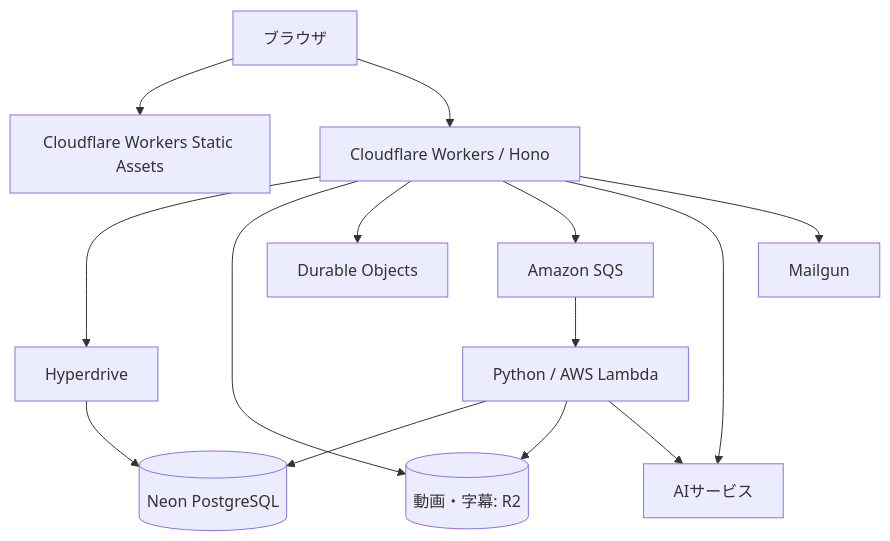
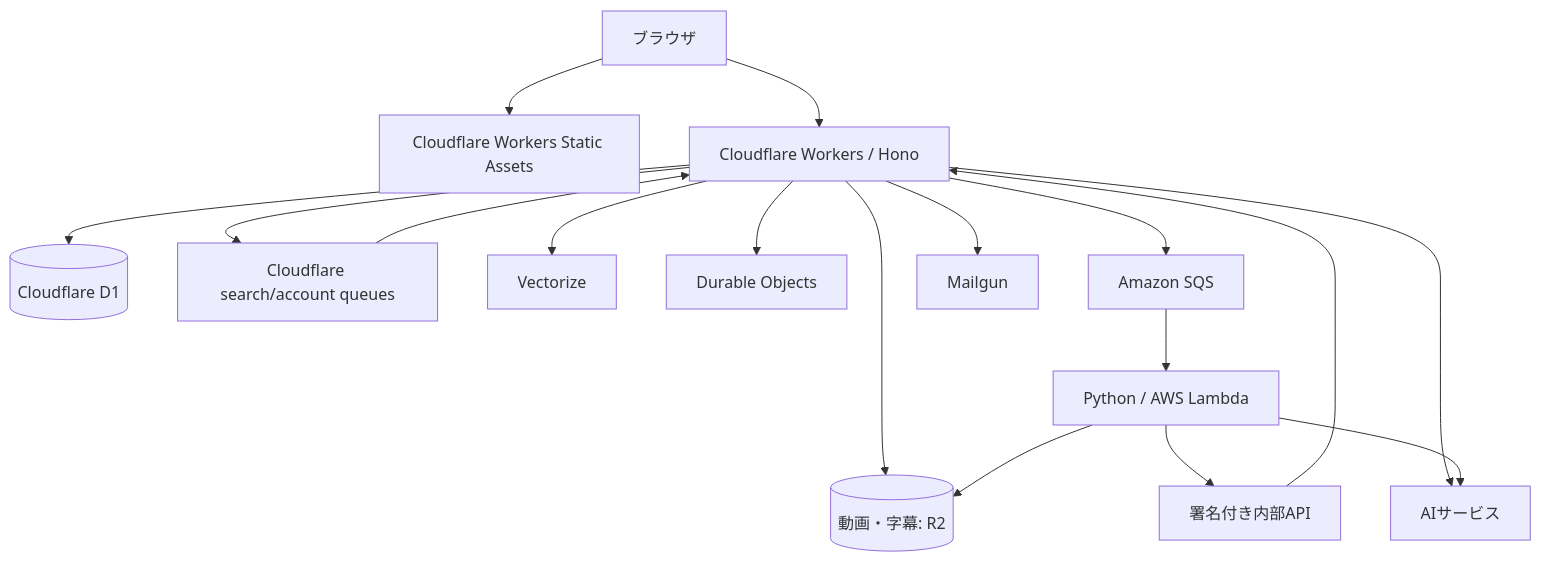
One commit to videoq-jp/videoq changed the second of 2 diagrams in apps/docs/i18n/ja/docusaurus-plugin-content-docs/current/architecture/system-configuration-diagram.md. Above: the diagram before and after it, drawn with Mermaid. The commit also changed other lines of this file and 3 other files, not shown here.

````diff
--- a/apps/docs/i18n/ja/docusaurus-plugin-content-docs/current/architecture/system-configuration-diagram.md
+++ b/apps/docs/i18n/ja/docusaurus-plugin-content-docs/current/architecture/system-configuration-diagram.md
@@ -48,15 +50,18 @@
 ```mermaid
 flowchart TB
     User[ブラウザ] --> Web[Cloudflare Workers Static Assets]
     User --> API[Cloudflare Workers / Hono]
-    API --> HD[Hyperdrive] --> DB[(Neon PostgreSQL)]
+    API --> DB[(Cloudflare D1)]
+    API --> Search[Cloudflare search/account queues]
+    Search --> API
+    API --> Vectors[Vectorize]
     API --> R2[(動画・字幕: R2)]
     API --> DO[Durable Objects]
     API --> Queue[Amazon SQS]
     Queue --> Worker[Python / AWS Lambda]
-    Worker --> DB
+    Worker --> Internal[署名付き内部API] --> API
     Worker --> R2
     API --> AI[AIサービス]
     Worker --> AI
     API --> Mail[Mailgun]
 ```
````
